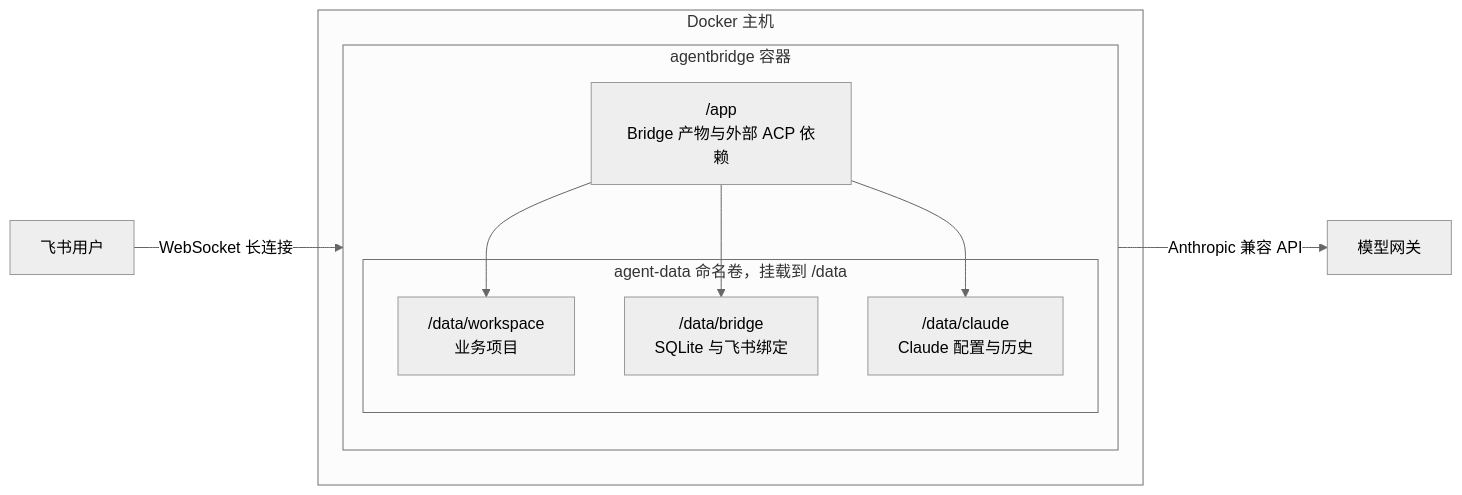
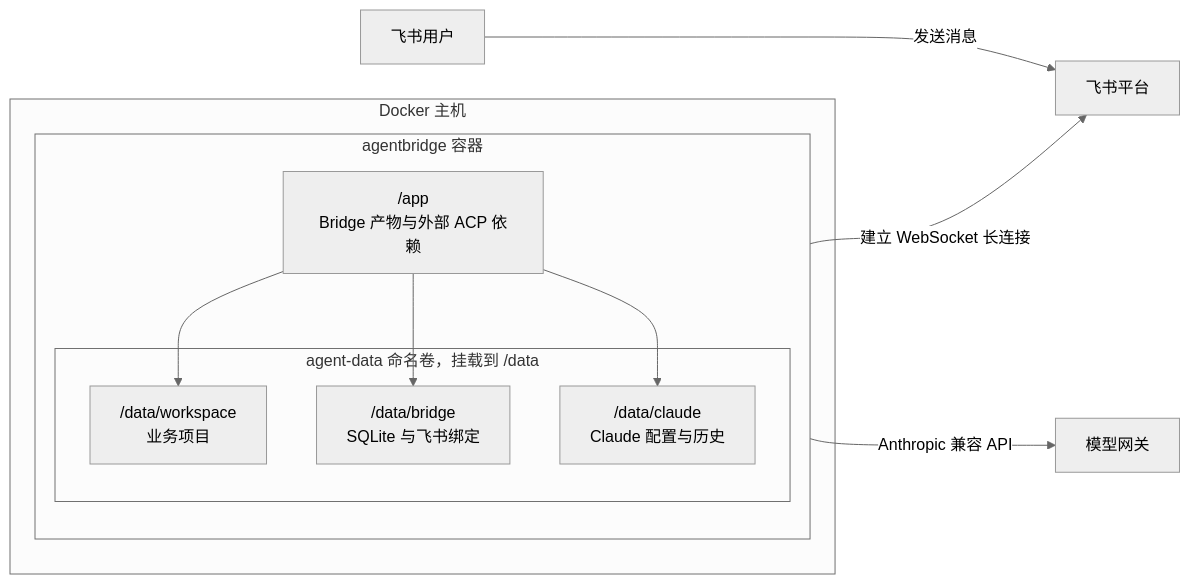
One commit to MaxTan330/agent-bridge changed the diagram in docs/deployment.md. Above: the diagram before and after it, drawn with Mermaid (neutral theme). The commit also changed other lines of this file and 4 other files, not shown here.

````diff
--- a/docs/deployment.md
+++ b/docs/deployment.md
@@ -7,18 +7,19 @@
 ```mermaid
 flowchart LR
   subgraph HOST["Docker 主机"]
     subgraph SVC["agentbridge 容器"]
       APP["/app<br/>Bridge 产物与外部 ACP 依赖"]
       subgraph VOL["agent-data 命名卷，挂载到 /data"]
         W["/data/workspace<br/>业务项目"]
         B["/data/bridge<br/>SQLite 与飞书绑定"]
         C["/data/claude<br/>Claude 配置与历史"]
       end
       APP --> W
       APP --> B
       APP --> C
     end
   end
-  U["飞书用户"] -->|WebSocket 长连接| SVC
+  U["飞书用户"] -->|发送消息| F["飞书平台"]
+  SVC -->|建立 WebSocket 长连接| F
   SVC -->|Anthropic 兼容 API| GW["模型网关"]
 ```
````
